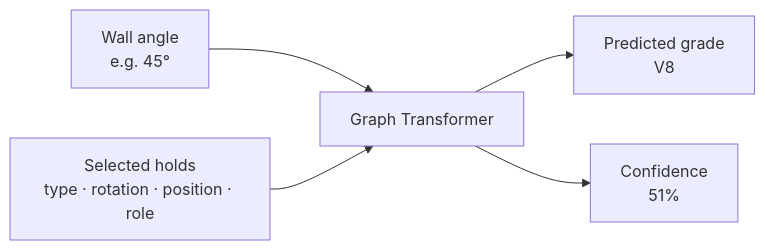
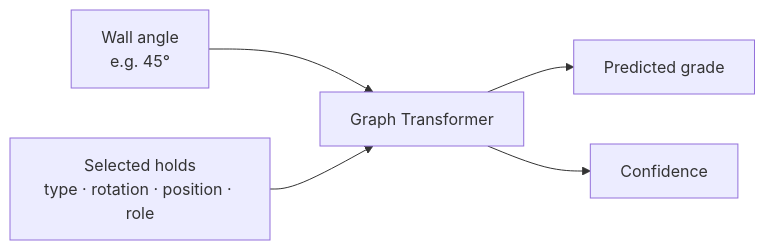
The diagram in README.md (AlGrade/tension-board-lab), drawn with Mermaid before and after one commit.

Commit message:
docs: simplify model diagram output

````diff
--- a/README.md
+++ b/README.md
@@ -11,7 +11,7 @@
 ```mermaid
 flowchart LR
     A["Wall angle<br/>e.g. 45°"] --> C
     B["Selected holds<br/>type · rotation · position · role"] --> C["Graph Transformer"]
-    C --> D["Predicted grade<br/>V8"]
-    C --> E["Confidence<br/>51%"]
+    C --> D["Predicted grade"]
+    C --> E["Confidence"]
 ```
````
